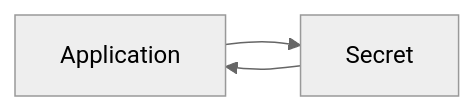
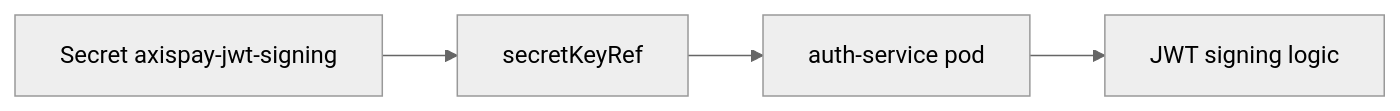
Before and after one commit to kumbulanit/kubernetescompr: the diagram in days/day3/labs/L3.2-secrets/README.md, drawn with Mermaid (neutral theme). The commit also changed other lines of this file and 26 other files, not shown here.

````diff
--- a/days/day3/labs/L3.2-secrets/README.md
+++ b/days/day3/labs/L3.2-secrets/README.md
@@ -12,5 +37,6 @@
 ```mermaid
 flowchart LR
-  App[Application] --> Secret[Secret]
-  Secret --> App
+  Secret[Secret axispay-jwt-signing] --> Ref[secretKeyRef]
+  Ref --> Pod[auth-service pod]
+  Pod --> App[JWT signing logic]
 ```
````
